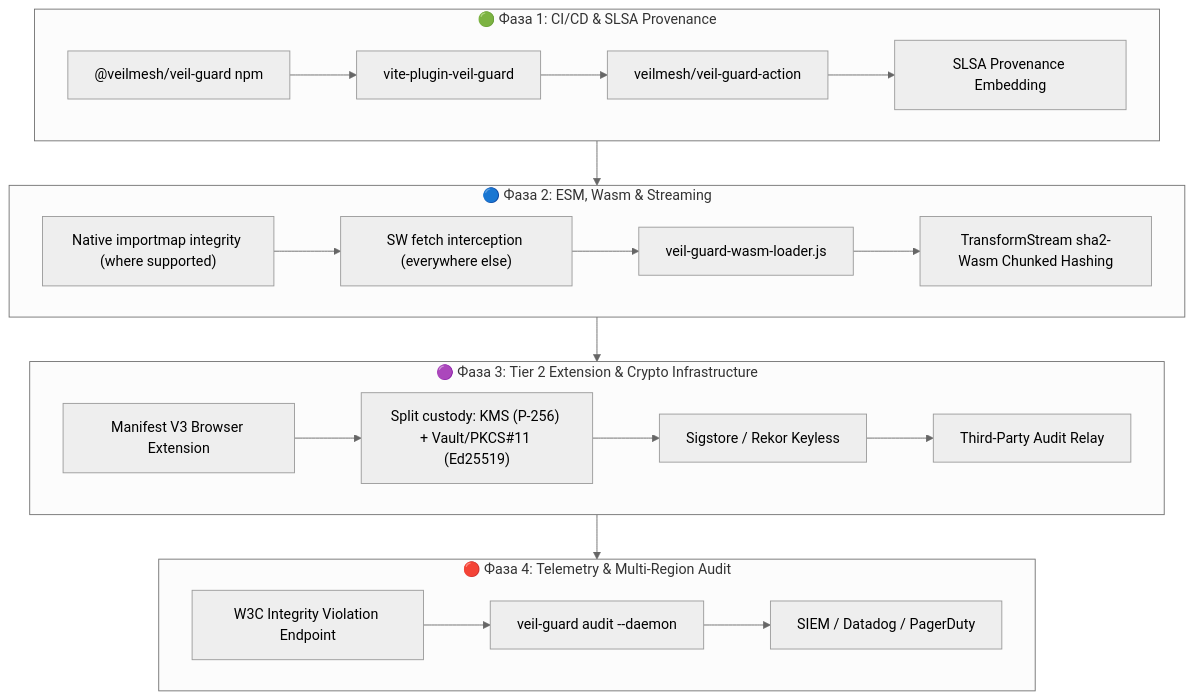
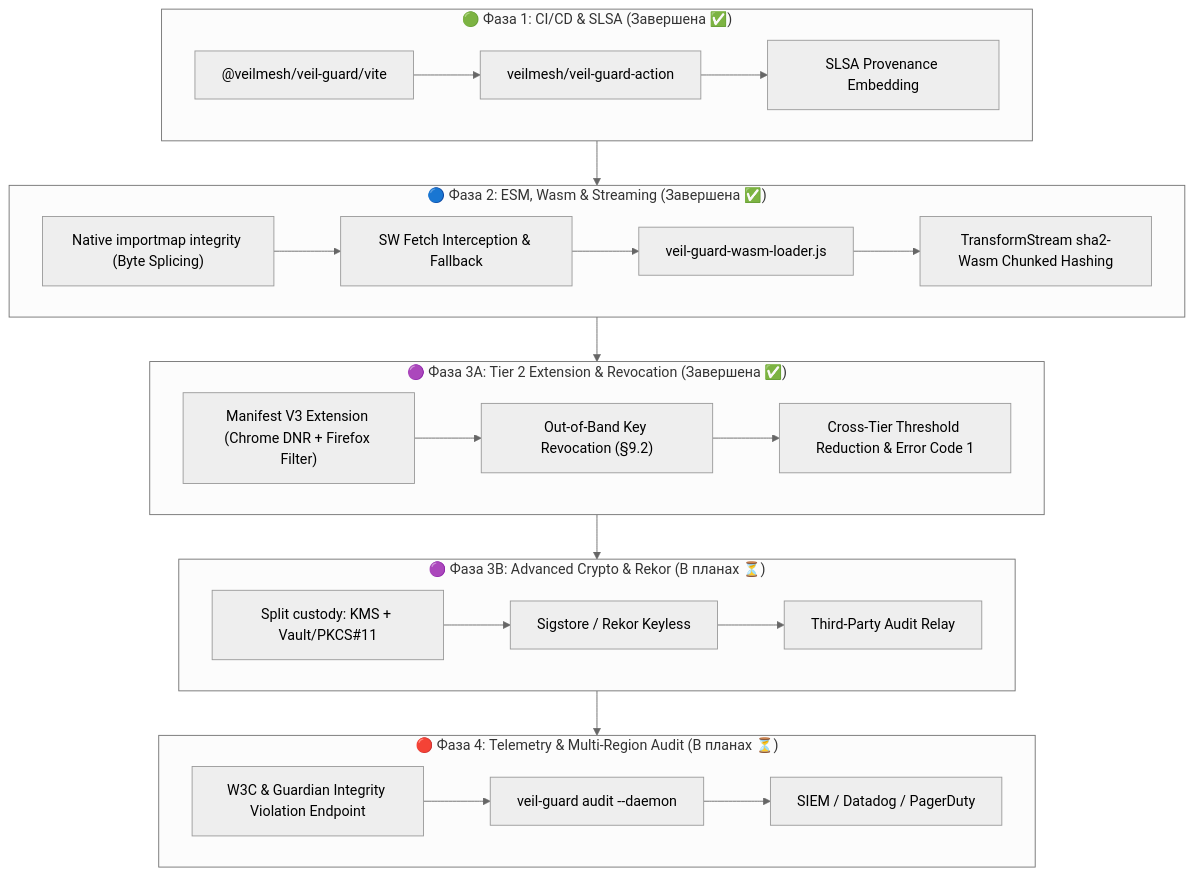
The diagram in ROADMAP.md (veilmesh/veil-guard), drawn with Mermaid (neutral theme) before and after one commit. The commit also changed other lines of this file and 9 other files, not shown here.

````diff
--- a/ROADMAP.md
+++ b/ROADMAP.md
@@ -19,27 +19,30 @@
 ```mermaid
 flowchart TD
-    subgraph Phase1["🟢 Фаза 1: CI/CD & SLSA Provenance"]
-        P1_1["@veilmesh/veil-guard npm"] --> P1_2["vite-plugin-veil-guard"]
-        P1_2 --> P1_3["veilmesh/veil-guard-action"]
+    subgraph Phase1["🟢 Фаза 1: CI/CD & SLSA (Завершена ✅)"]
+        P1_1["@veilmesh/veil-guard/vite"] --> P1_3["veilmesh/veil-guard-action"]
         P1_3 --> P1_4["SLSA Provenance Embedding"]
     end
 
-    subgraph Phase2["🔵 Фаза 2: ESM, Wasm & Streaming"]
-        P2_1["Native importmap integrity (where supported)"] --> P2_2["SW fetch interception (everywhere else)"]
+    subgraph Phase2["🔵 Фаза 2: ESM, Wasm & Streaming (Завершена ✅)"]
+        P2_1["Native importmap integrity (Byte Splicing)"] --> P2_2["SW Fetch Interception & Fallback"]
         P2_2 --> P2_3["veil-guard-wasm-loader.js"]
         P2_3 --> P2_4["TransformStream sha2-Wasm Chunked Hashing"]
     end
 
-    subgraph Phase3["🟣 Фаза 3: Tier 2 Extension & Crypto Infrastructure"]
-        P3_1["Manifest V3 Browser Extension"] --> P3_2["Split custody: KMS (P-256) + Vault/PKCS#11 (Ed25519)"]
-        P3_2 --> P3_3["Sigstore / Rekor Keyless"]
-        P3_3 --> P3_4["Third-Party Audit Relay"]
+    subgraph Phase3A["🟣 Фаза 3A: Tier 2 Extension & Revocation (Завершена ✅)"]
+        P3A_1["Manifest V3 Extension (Chrome DNR + Firefox Filter)"] --> P3A_2["Out-of-Band Key Revocation (§9.2)"]
+        P3A_2 --> P3A_3["Cross-Tier Threshold Reduction & Error Code 1"]
     end
 
-    subgraph Phase4["🔴 Фаза 4: Telemetry & Multi-Region Audit"]
-        P4_1["W3C Integrity Violation Endpoint"] --> P4_2["veil-guard audit --daemon"]
+    subgraph Phase3B["🟣 Фаза 3B: Advanced Crypto & Rekor (В планах ⏳)"]
+        P3B_1["Split custody: KMS + Vault/PKCS#11"] --> P3B_2["Sigstore / Rekor Keyless"]
+        P3B_2 --> P3B_3["Third-Party Audit Relay"]
+    end
+
+    subgraph Phase4["🔴 Фаза 4: Telemetry & Multi-Region Audit (В планах ⏳)"]
+        P4_1["W3C & Guardian Integrity Violation Endpoint"] --> P4_2["veil-guard audit --daemon"]
         P4_2 --> P4_3["SIEM / Datadog / PagerDuty"]
     end
 
-    Phase1 --> Phase2 --> Phase3 --> Phase4
+    Phase1 --> Phase2 --> Phase3A --> Phase3B --> Phase4
 ```
````
